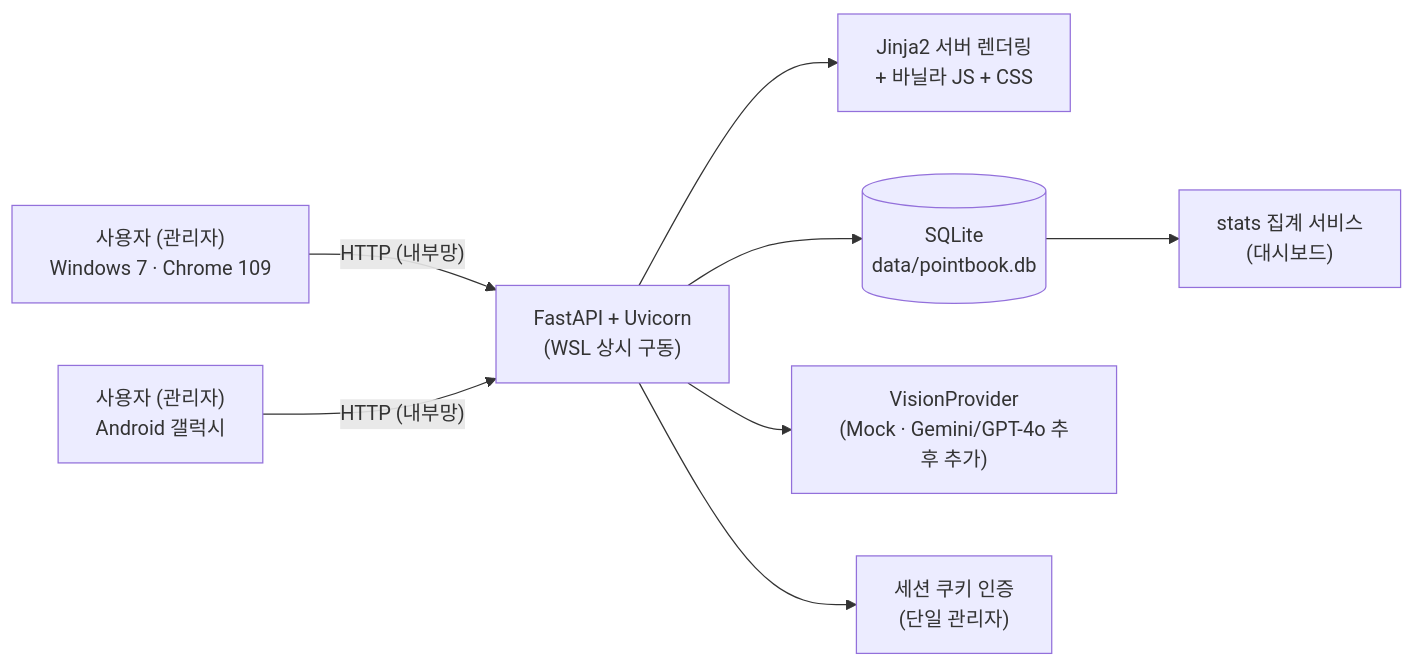
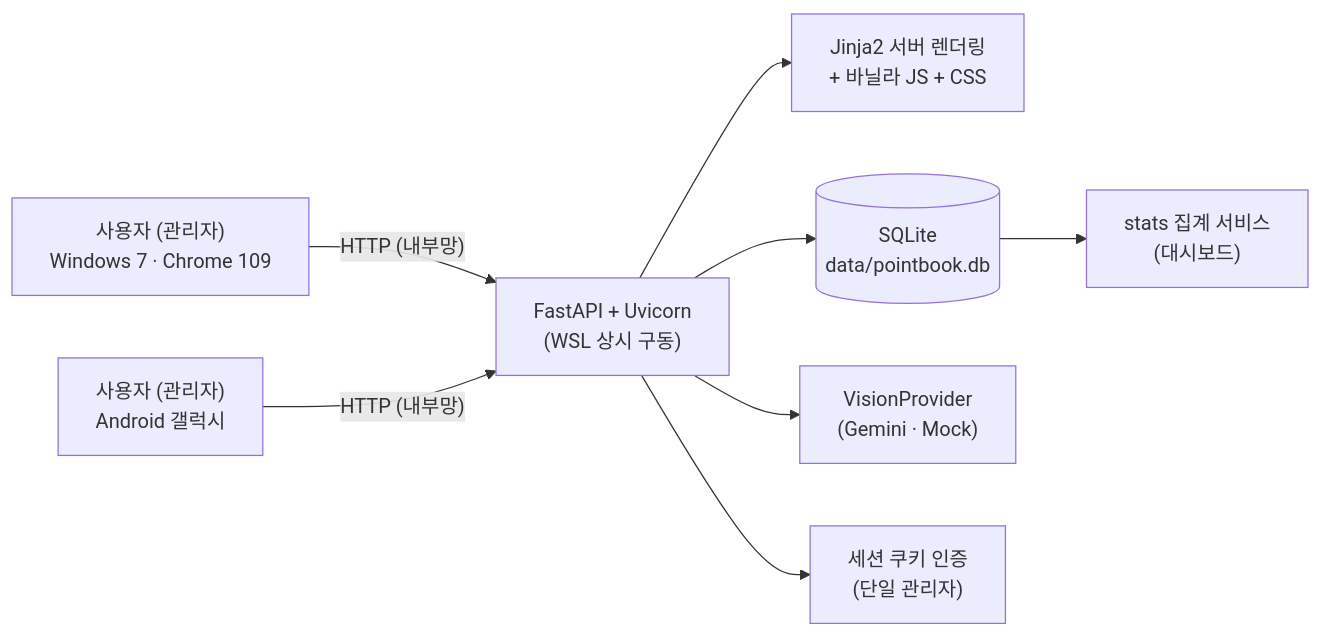
One commit to jihoon22-lee/PointBook changed the first of 9 diagrams in docs/architecture.md. Above: the diagram before and after it, drawn with Mermaid. The commit also changed other lines of this file and 3 other files, not shown here.

````diff
--- a/docs/architecture.md
+++ b/docs/architecture.md
@@ -8,13 +8,13 @@
 ```mermaid
 flowchart LR
     U1["사용자 (관리자)<br/>Windows 7 · Chrome 109"]
     U2["사용자 (관리자)<br/>Android 갤럭시"]
     U1 -->|"HTTP (내부망)"| S
     U2 -->|"HTTP (내부망)"| S
     S["FastAPI + Uvicorn<br/>(WSL 상시 구동)"]
     S --> T["Jinja2 서버 렌더링<br/>+ 바닐라 JS + CSS"]
     S --> DB[("SQLite<br/>data/pointbook.db")]
-    S --> AI["VisionProvider<br/>(Mock · Gemini/GPT-4o 추후 추가)"]
+    S --> AI["VisionProvider<br/>(Gemini · Mock)"]
     S --> AUTH["세션 쿠키 인증<br/>(단일 관리자)"]
     DB --> STATS["stats 집계 서비스<br/>(대시보드)"]
 ```
````
